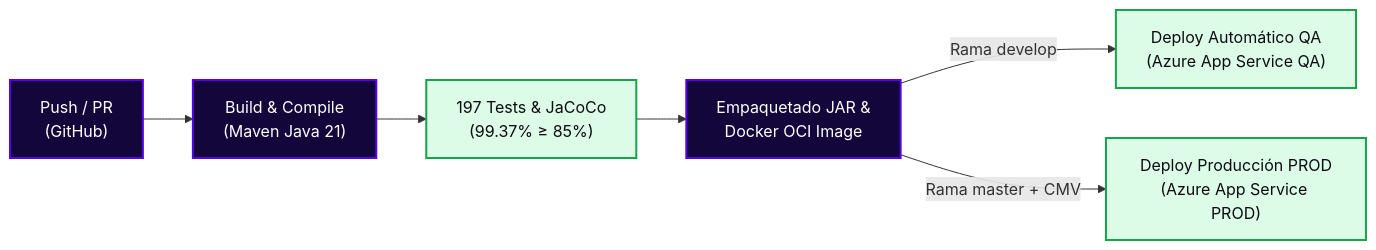
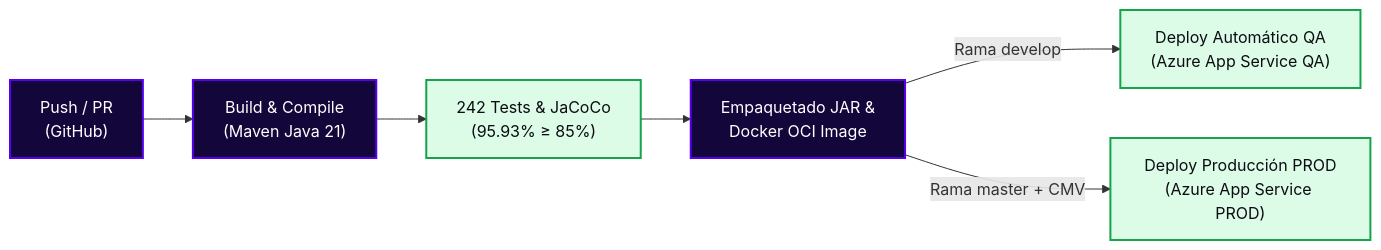
Before and after one commit to StyleRadar1/PT8080-Donations-Service: the diagram in README.md, drawn with Mermaid. The commit also changed other lines of this file, not shown here.

````diff
--- a/README.md
+++ b/README.md
@@ -456,14 +464,14 @@
 ```mermaid
 flowchart LR
     A["Push / PR<br>(GitHub)"] --> B["Build & Compile<br>(Maven Java 21)"]
-    B --> C["197 Tests & JaCoCo<br>(99.37% ≥ 85%)"]
+    B --> C["242 Tests & JaCoCo<br>(95.93% ≥ 85%)"]
     C --> D["Empaquetado JAR &<br>Docker OCI Image"]
     D -->|Rama develop| E["Deploy Automático QA<br>(Azure App Service QA)"]
     D -->|Rama master + CMV| F["Deploy Producción PROD<br>(Azure App Service PROD)"]
 
     classDef step fill:#12063A,stroke:#5600EF,stroke-width:2px,color:#FFFFFF;
     classDef pass fill:#DCFCE7,stroke:#16A34A,stroke-width:2px,color:#0C0C12;
 
     class A,B,D step;
     class C,E,F pass;
 ```
````
